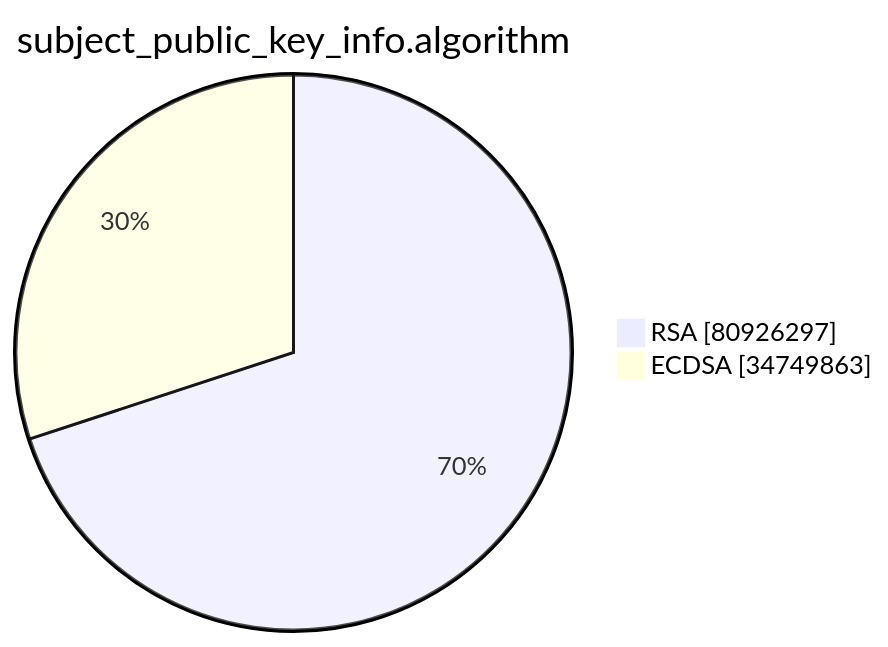
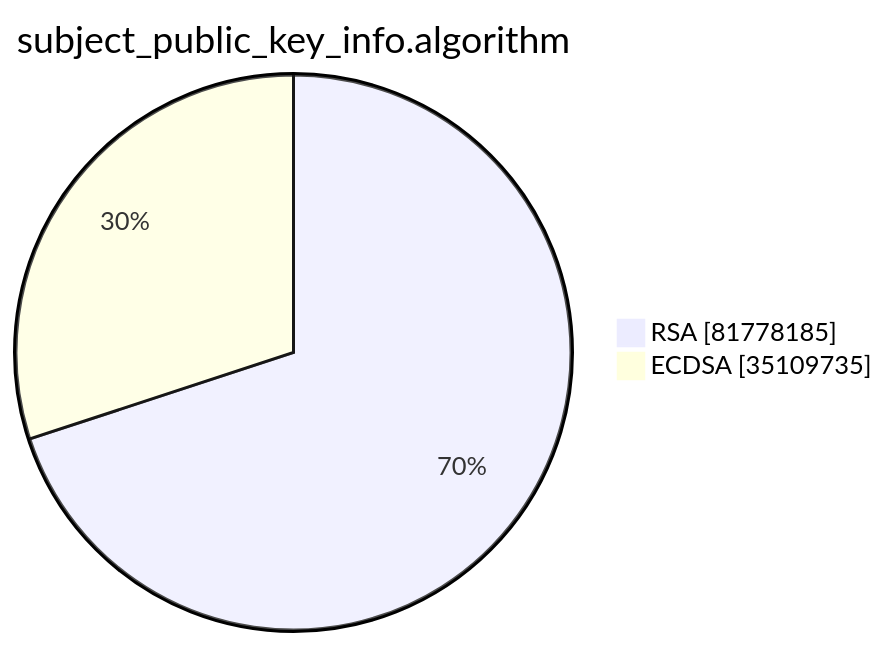
Before and after one commit to christiankrug/ctmonitor_visualization: the second of 15 diagrams in argon2023/README.md, drawn with Mermaid. The commit also changed other lines of this file, not shown here.

````diff
--- a/argon2023/README.md
+++ b/argon2023/README.md
@@ -6,6 +6,6 @@
 ```mermaid
 pie showData
 title subject_public_key_info.algorithm
-"RSA" :80926297
-"ECDSA" :34749863
+"RSA" :81778185
+"ECDSA" :35109735
 ```
````
